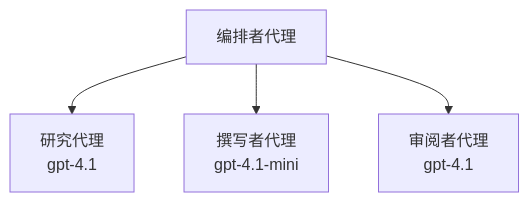
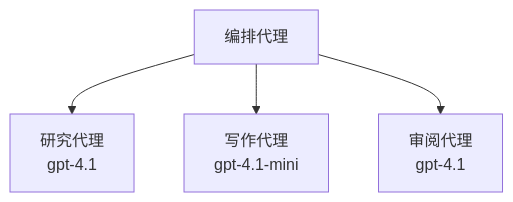
One commit to microsoft/AZD-for-beginners changed the third of 3 diagrams in translations/zh-CN/docs/chapter-02-ai-development/agents.md. Above: the diagram before and after it, drawn with Mermaid. The commit also changed other lines of this file and 104 other files, not shown here.

````diff
--- a/translations/zh-CN/docs/chapter-02-ai-development/agents.md
+++ b/translations/zh-CN/docs/chapter-02-ai-development/agents.md
@@ -194,6 +201,6 @@
 ```mermaid
 graph TD
-    Orchestrator[编排者代理] --> Research[研究代理<br/>gpt-4.1]
-    Orchestrator --> Writer[撰写者代理<br/>gpt-4.1-mini]
-    Orchestrator --> Reviewer[审阅者代理<br/>gpt-4.1]
+    Orchestrator[编排代理] --> Research[研究代理<br/>gpt-4.1]
+    Orchestrator --> Writer[写作代理<br/>gpt-4.1-mini]
+    Orchestrator --> Reviewer[审阅代理<br/>gpt-4.1]
 ```
````
